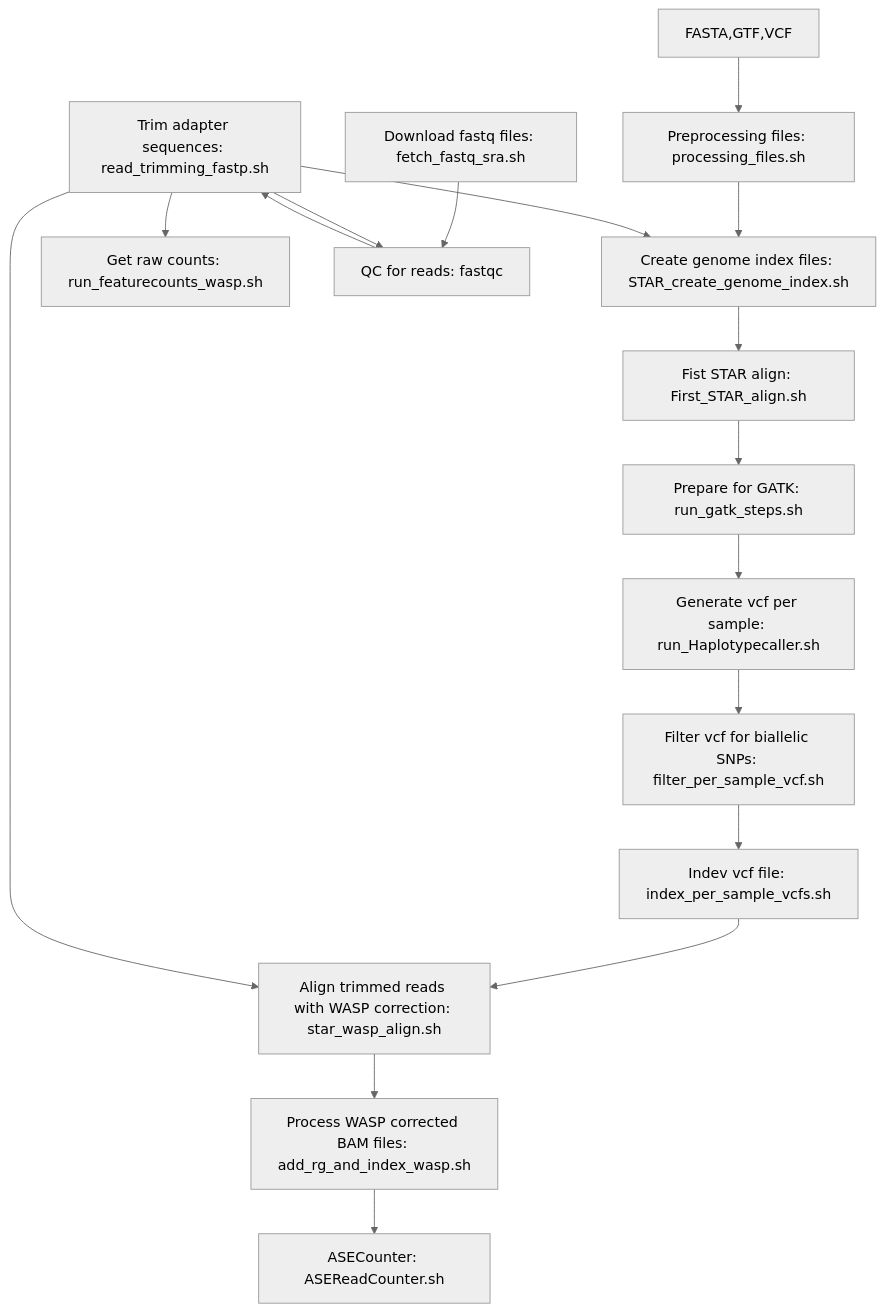
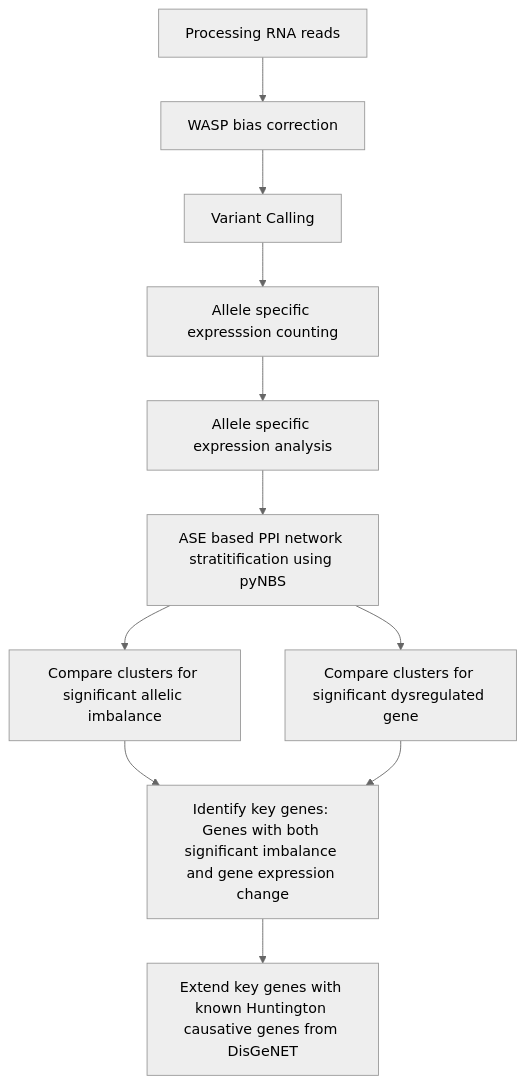
One commit to macsbio/HD-ASE-NBS changed the diagram in README.md. Above: the diagram before and after it, drawn with Mermaid (neutral theme).

````diff
--- a/README.md
+++ b/README.md
@@ -16,19 +16,13 @@
 ```mermaid
 flowchart TD
-    A[FASTA,GTF,VCF] --> B[Preprocessing files: processing_files.sh]
-    B --> C[Create genome index files: STAR_create_genome_index.sh]
-    C --> D[Fist STAR align: First_STAR_align.sh]
-    D --> E[Prepare for GATK: run_gatk_steps.sh]
-    E --> F[Generate vcf per sample: run_Haplotypecaller.sh]
-    F --> G[Filter vcf for biallelic SNPs: filter_per_sample_vcf.sh]
-    G --> H[Indev vcf file: index_per_sample_vcfs.sh]
-    H --> I[Align trimmed reads with WASP correction: star_wasp_align.sh]
-    I --> J[Process WASP corrected BAM files: add_rg_and_index_wasp.sh]
-    O --> K[Get raw counts: run_featurecounts_wasp.sh]
-    J --> L[ASECounter: ASEReadCounter.sh]
-    M[Download fastq files: fetch_fastq_sra.sh] --> N[QC for reads: fastqc]
-    N --> O[Trim adapter sequences: read_trimming_fastp.sh]
-    O --> N
-    O --> I[Align trimmed reads with WASP correction: star_wasp_align.sh]
-    O --> C[Create genome index files: STAR_create_genome_index.sh]
+    A[Processing RNA reads] --> B[WASP bias correction]
+    B --> C[Variant Calling]
+    C --> D[Allele specific expresssion counting]
+    D --> E[Allele specific expression analysis ]
+    E --> F[ASE based PPI network stratitification using pyNBS]
+    F --> G[Compare clusters for significant allelic imbalance]
+    F --> H[Compare clusters for significant dysregulated gene]
+    G --> I[Identify key genes: Genes with both significant imbalance and gene expression change]
+    H --> I[Identify key genes: Genes with both significant imbalance and gene expression change]
+    I --> J[Extend key genes with known Huntington causative genes from DisGeNET]
 ```
````
